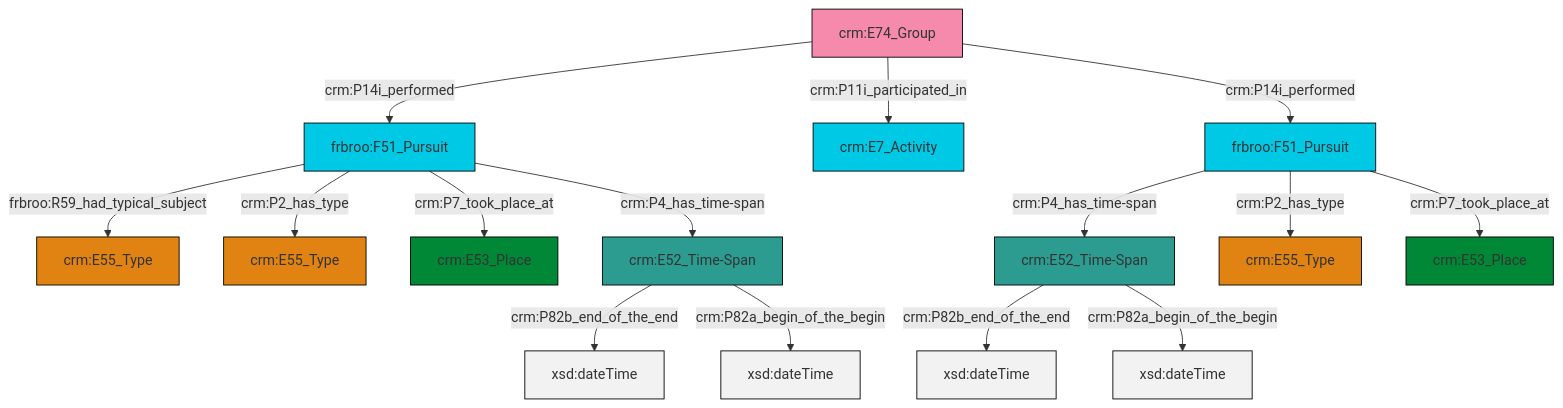
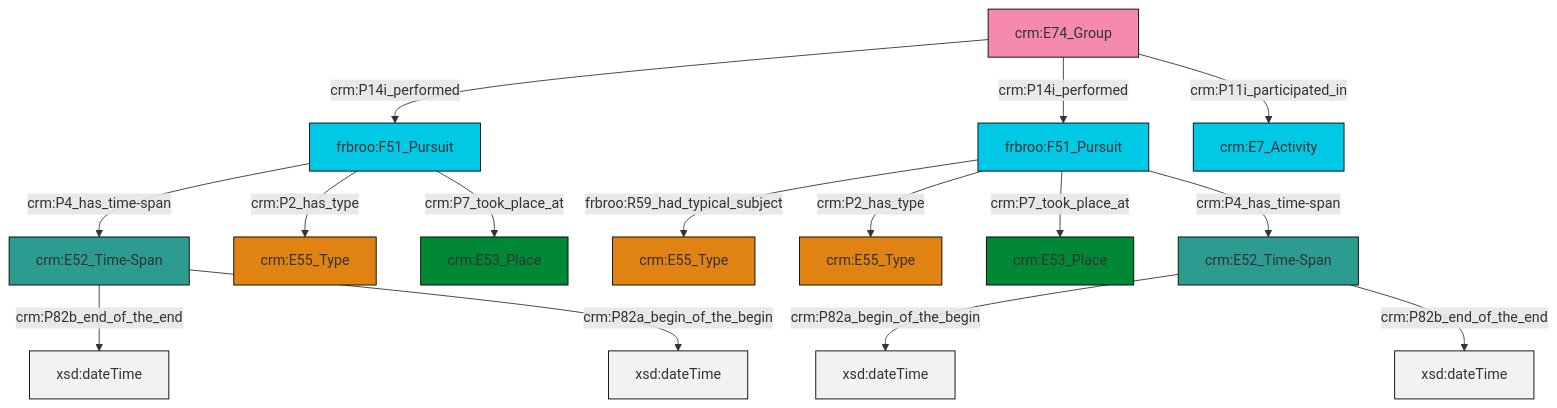
Before and after one commit to swiss-art-research-net/docs.swissartresearch: the diagram in et/groupCSV/ttl/mmd/group_events.ttl.mmd, drawn with Mermaid. The commit also changed 181 other files, not shown here.

```diff
--- a/et/groupCSV/ttl/mmd/group_events.ttl.mmd
+++ b/et/groupCSV/ttl/mmd/group_events.ttl.mmd
@@ -1,29 +1,29 @@
 graph TD
 classDef Literal fill:#f2f2f2,stroke:#000000;
 classDef CRM_Entity fill:#FFFFFF,stroke:#000000;
 classDef Temporal_Entity fill:#00C9E6, stroke:#000000;
 classDef Type fill:#E18312, stroke:#000000;
 classDef Time-Span fill:#2C9C91, stroke:#000000;
 classDef Appellation fill:#FFEB7F, stroke:#000000;
 classDef Place fill:#008836, stroke:#000000;
 classDef Persistent_Item fill:#B266B2, stroke:#000000;
 classDef Conceptual_Object fill:#FFD700, stroke:#000000;
 classDef Physical_Thing fill:#D2B48C, stroke:#000000;
 classDef Actor fill:#f58aad, stroke:#000000;
 classDef PC_Classes fill:#4ce600, stroke:#000000;
 classDef Multi fill:#cccccc,stroke:#000000;
 
-0["crm:E74_Group"]:::Actor -->|crm:P14i_performed| 1["frbroo:F51_Pursuit"]:::Temporal_Entity
-1["frbroo:F51_Pursuit"]:::Temporal_Entity -->|frbroo:R59_had_typical_subject| 2["crm:E55_Type"]:::Type
-13["frbroo:F51_Pursuit"]:::Temporal_Entity -->|crm:P4_has_time-span| 14["crm:E52_Time-Span"]:::Time-Span
-13["frbroo:F51_Pursuit"]:::Temporal_Entity -->|crm:P2_has_type| 8["crm:E55_Type"]:::Type
-14["crm:E52_Time-Span"]:::Time-Span -->|crm:P82b_end_of_the_end| 15[xsd:dateTime]:::Literal
-16["crm:E52_Time-Span"]:::Time-Span -->|crm:P82b_end_of_the_end| 17[xsd:dateTime]:::Literal
-1["frbroo:F51_Pursuit"]:::Temporal_Entity -->|crm:P2_has_type| 4["crm:E55_Type"]:::Type
-14["crm:E52_Time-Span"]:::Time-Span -->|crm:P82a_begin_of_the_begin| 18[xsd:dateTime]:::Literal
-16["crm:E52_Time-Span"]:::Time-Span -->|crm:P82a_begin_of_the_begin| 20[xsd:dateTime]:::Literal
-1["frbroo:F51_Pursuit"]:::Temporal_Entity -->|crm:P7_took_place_at| 10["crm:E53_Place"]:::Place
-1["frbroo:F51_Pursuit"]:::Temporal_Entity -->|crm:P4_has_time-span| 16["crm:E52_Time-Span"]:::Time-Span
-0["crm:E74_Group"]:::Actor -->|crm:P11i_participated_in| 24["crm:E7_Activity"]:::Temporal_Entity
-13["frbroo:F51_Pursuit"]:::Temporal_Entity -->|crm:P7_took_place_at| 21["crm:E53_Place"]:::Place
-0["crm:E74_Group"]:::Actor -->|crm:P14i_performed| 13["frbroo:F51_Pursuit"]:::Temporal_Entity
+0["frbroo:F51_Pursuit"]:::Temporal_Entity -->|frbroo:R59_had_typical_subject| 1["crm:E55_Type"]:::Type
+0["frbroo:F51_Pursuit"]:::Temporal_Entity -->|crm:P2_has_type| 2["crm:E55_Type"]:::Type
+4["crm:E74_Group"]:::Actor -->|crm:P14i_performed| 5["frbroo:F51_Pursuit"]:::Temporal_Entity
+4["crm:E74_Group"]:::Actor -->|crm:P14i_performed| 0["frbroo:F51_Pursuit"]:::Temporal_Entity
+5["frbroo:F51_Pursuit"]:::Temporal_Entity -->|crm:P4_has_time-span| 12["crm:E52_Time-Span"]:::Time-Span
+12["crm:E52_Time-Span"]:::Time-Span -->|crm:P82b_end_of_the_end| 14[xsd:dateTime]:::Literal
+12["crm:E52_Time-Span"]:::Time-Span -->|crm:P82a_begin_of_the_begin| 16[xsd:dateTime]:::Literal
+4["crm:E74_Group"]:::Actor -->|crm:P11i_participated_in| 17["crm:E7_Activity"]:::Temporal_Entity
+5["frbroo:F51_Pursuit"]:::Temporal_Entity -->|crm:P2_has_type| 6["crm:E55_Type"]:::Type
+0["frbroo:F51_Pursuit"]:::Temporal_Entity -->|crm:P7_took_place_at| 18["crm:E53_Place"]:::Place
+0["frbroo:F51_Pursuit"]:::Temporal_Entity -->|crm:P4_has_time-span| 10["crm:E52_Time-Span"]:::Time-Span
+10["crm:E52_Time-Span"]:::Time-Span -->|crm:P82a_begin_of_the_begin| 20[xsd:dateTime]:::Literal
+5["frbroo:F51_Pursuit"]:::Temporal_Entity -->|crm:P7_took_place_at| 21["crm:E53_Place"]:::Place
+10["crm:E52_Time-Span"]:::Time-Span -->|crm:P82b_end_of_the_end| 26[xsd:dateTime]:::Literal
```
